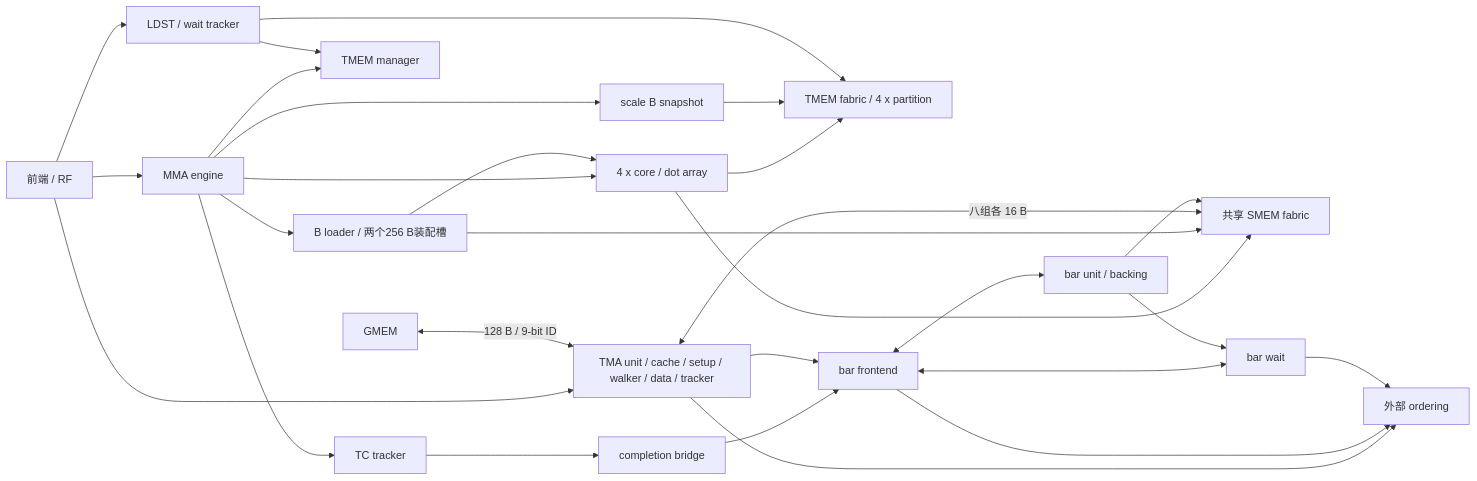
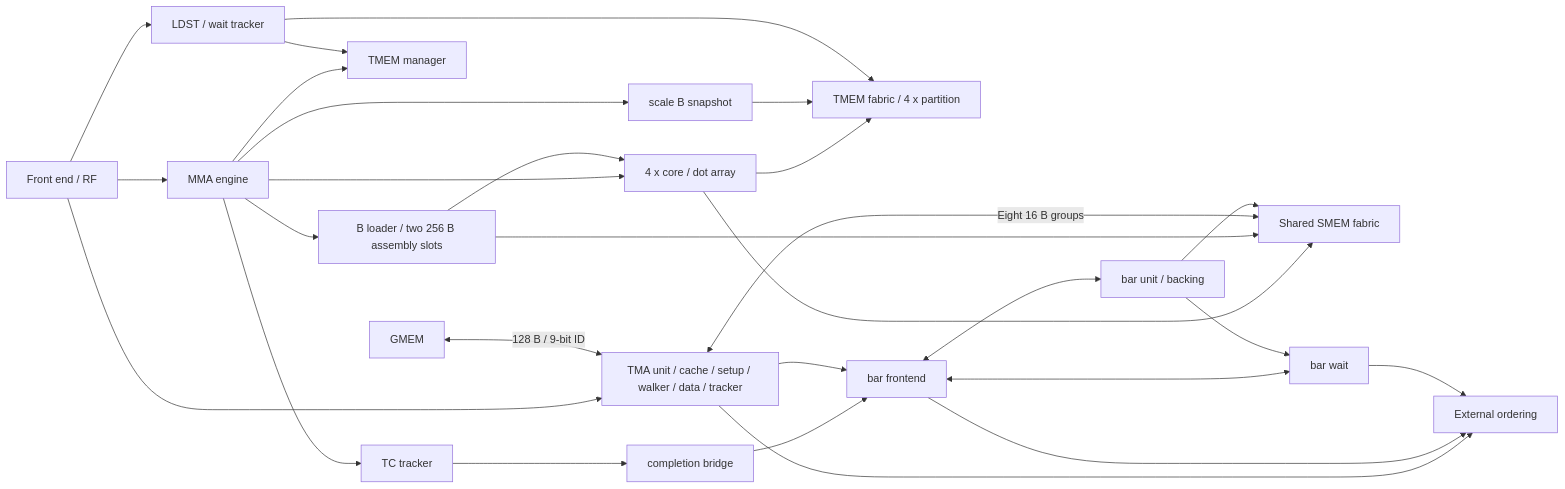
One commit to yuhin777/Allegro changed the diagram in doc/rtl_specs/top/blackwell_async_subsystem_top.md. Above: the diagram before and after it, drawn with Mermaid. The commit also changed other lines of this file and 45 other files, not shown here.

````diff
--- a/doc/rtl_specs/top/blackwell_async_subsystem_top.md
+++ b/doc/rtl_specs/top/blackwell_async_subsystem_top.md
@@ -25,23 +25,23 @@
 ```mermaid
 flowchart LR
- FE[前端 / RF] --> ENG[MMA engine]
+ FE["Front end / RF"] --> ENG[MMA engine]
  ENG --> CO[4 x core / dot array]
  ENG --> SB[scale B snapshot]
- ENG --> BL[B loader / 两个256 B装配槽]
+ ENG --> BL["B loader / two 256 B assembly slots"]
  BL --> CO
  FE --> RF[LDST / wait tracker]
  CO & SB & RF --> TF[TMEM fabric / 4 x partition]
  ENG & RF --> MAN[TMEM manager]
- CO --> SF[共享 SMEM fabric]
+ CO --> SF["Shared SMEM fabric"]
  BL --> SF
  ENG --> TRACK[TC tracker] --> BR[completion bridge] --> BAR[bar frontend]
  FE --> TMA[TMA unit / cache / setup / walker / data / tracker]
- TMA <-->|八组各 16 B| SF
+ TMA <-->|Eight 16 B groups| SF
  GM[GMEM] <-->|128 B / 9-bit ID| TMA
  TMA --> BAR
  BAR <--> UNIT[bar unit / backing]
  BAR <--> WAIT[bar wait]
  UNIT --> WAIT
  UNIT --> SF
- TMA & BAR & WAIT --> ORD[外部 ordering]
+ TMA & BAR & WAIT --> ORD["External ordering"]
 ```
````
